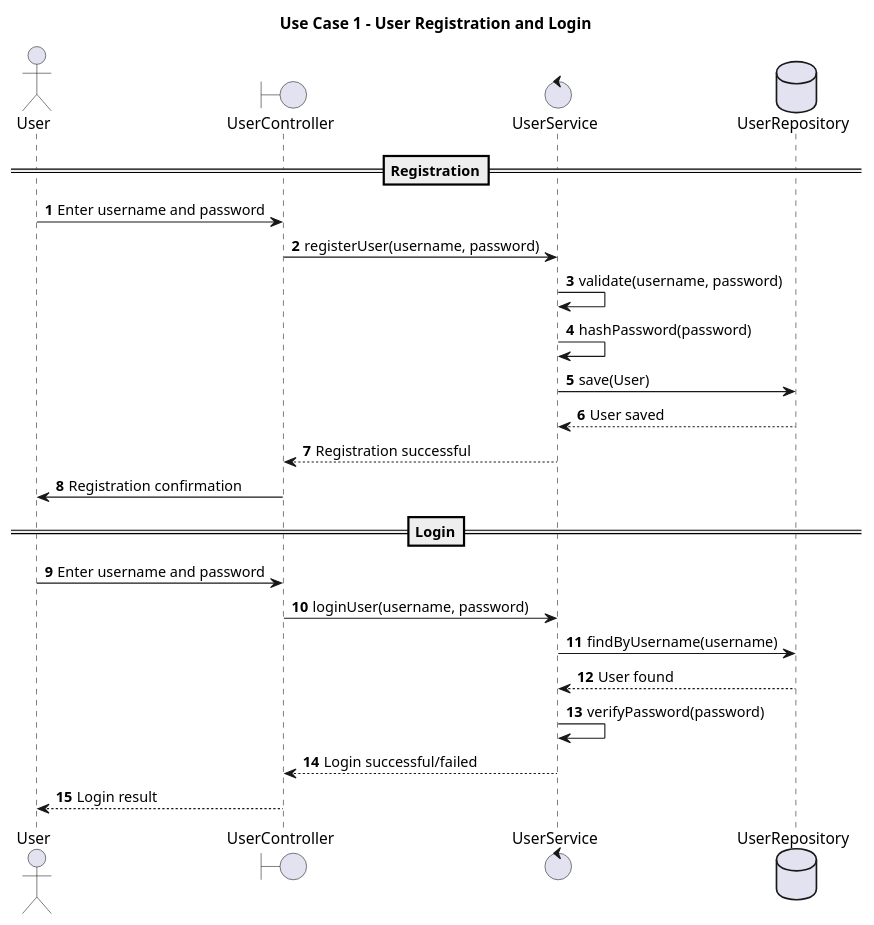
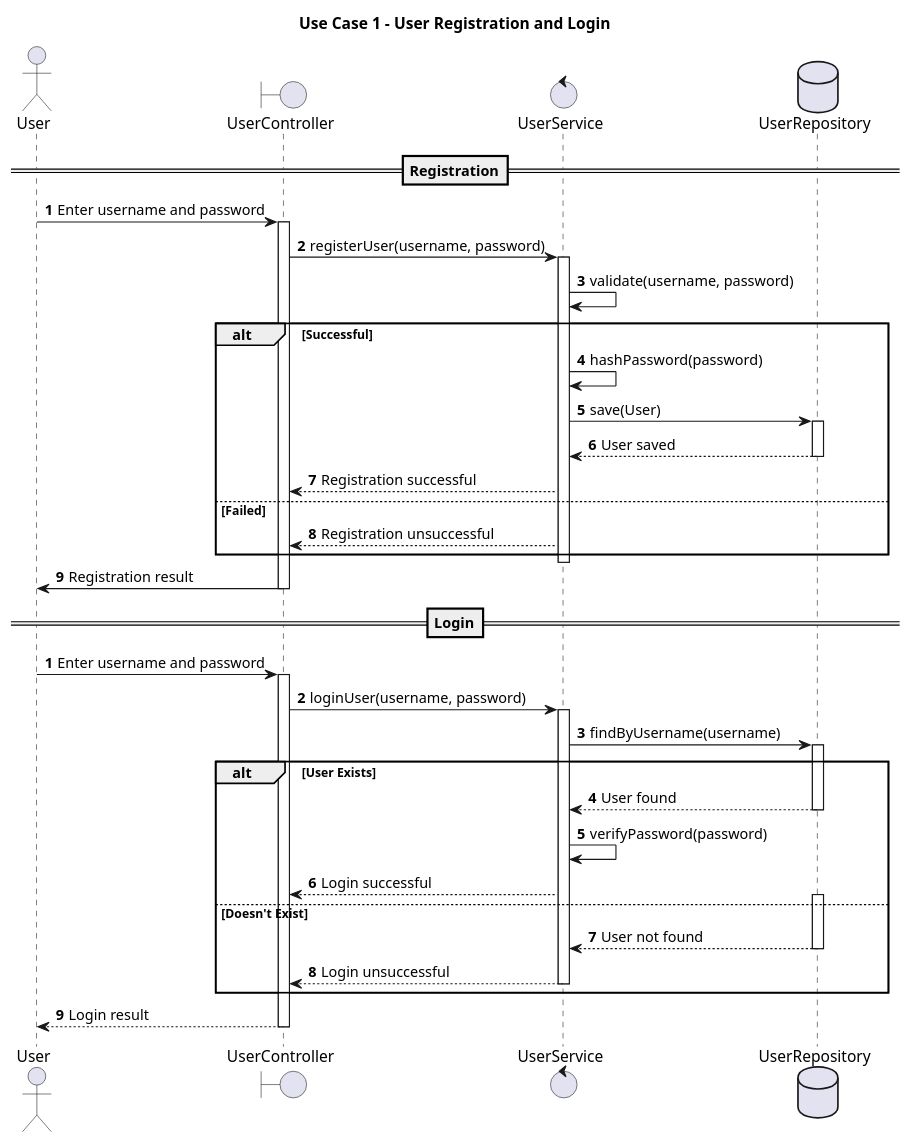
The diagram in Sequence Diagrams/Use case 1_User Registration.puml (MohammedPatel-yorku/LegendsOfSwordAndWand), drawn with PlantUML before and after one commit. The commit also changed 1 other file, not shown here.

Commit message:
UC1,2 Diagrams Refined

```diff
--- a/Sequence Diagrams/Use case 1_User Registration.puml
+++ b/Sequence Diagrams/Use case 1_User Registration.puml
@@ -1,38 +1,71 @@
 @startuml
 'https://plantuml.com/sequence-diagram
 
 autonumber
 
 skinparam responseMessageBelowArrow true
 
 title Use Case 1 - User Registration and Login
 
 actor User
 boundary UserController
 control UserService
 database UserRepository
 
 ==Registration==
 
 User -> UserController: Enter username and password
+activate UserController
 UserController -> UserService: registerUser(username, password)
+activate UserService
 UserService -> UserService: validate(username, password)
-UserService -> UserService: hashPassword(password)
-UserService -> UserRepository: save(User)
+alt Successful
+    UserService -> UserService: hashPassword(password)
+    UserService -> UserRepository: save(User)
+    activate UserRepository
 
-UserRepository --> UserService: User saved
-UserService --> UserController: Registration successful
-UserController -> User: Registration confirmation
+    UserRepository --> UserService: User saved
+    deactivate UserRepository
+    UserService --> UserController: Registration successful
+
+else Failed
+    UserService --> UserController: Registration unsuccessful
+
+end
+
+deactivate UserService
+UserController -> User: Registration result
+deactivate UserController
+
+autonumber
 
 ==Login==
 
 User -> UserController: Enter username and password
+activate UserController
 UserController -> UserService: loginUser(username, password)
+activate UserService
 UserService -> UserRepository: findByUsername(username)
+activate UserRepository
 
-UserRepository --> UserService: User found
-UserService -> UserService: verifyPassword(password)
-UserService --> UserController: Login successful/failed
+alt User Exists
+    UserRepository --> UserService: User found
+    deactivate UserRepository
+    UserService -> UserService: verifyPassword(password)
+
+    UserService --> UserController: Login successful
+
+else Doesn't Exist
+    activate UserRepository
+    UserRepository --> UserService: User not found
+    deactivate UserRepository
+
+    UserService --> UserController: Login unsuccessful
+    deactivate UserService
+
+end
+
 UserController --> User: Login result
+deactivate UserController
 
 @enduml
```
